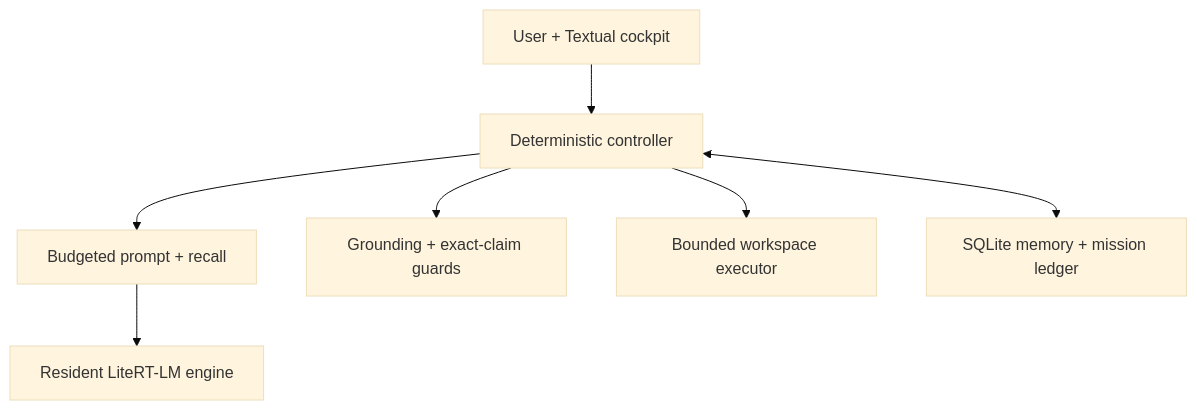
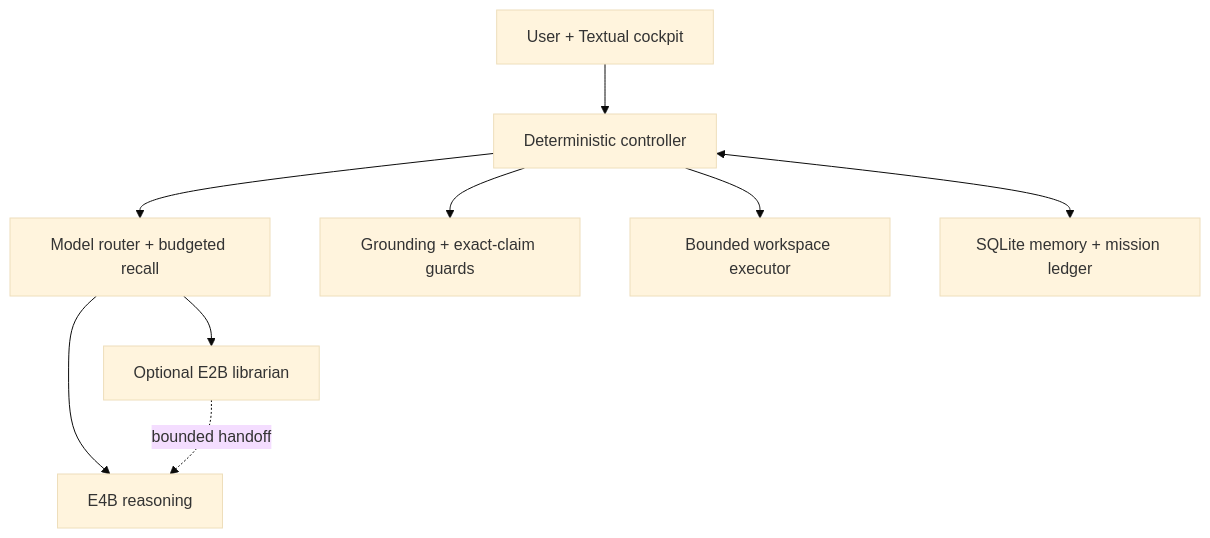
One commit to u8450677247-cmd/Project-InterMix changed the diagram in README.md. Above: the diagram before and after it, drawn with Mermaid (base theme). The commit also changed other lines of this file and 20 other files, not shown here.

Commit message:
feat: add one-resident dual-model foundation

````diff
--- a/README.md
+++ b/README.md
@@ -175,9 +193,11 @@
 ```mermaid
 flowchart TD
     U["User + Textual cockpit"] --> C["Deterministic controller"]
-    C --> P["Budgeted prompt + recall"]
-    P --> L["Resident LiteRT-LM engine"]
+    C --> R["Model router + budgeted recall"]
+    R --> E2["Optional E2B librarian"]
+    R --> E4["E4B reasoning"]
+    E2 -. bounded handoff .-> E4
     C --> G["Grounding + exact-claim guards"]
     C --> W["Bounded workspace executor"]
     C <--> M["SQLite memory + mission ledger"]
 ```
````
